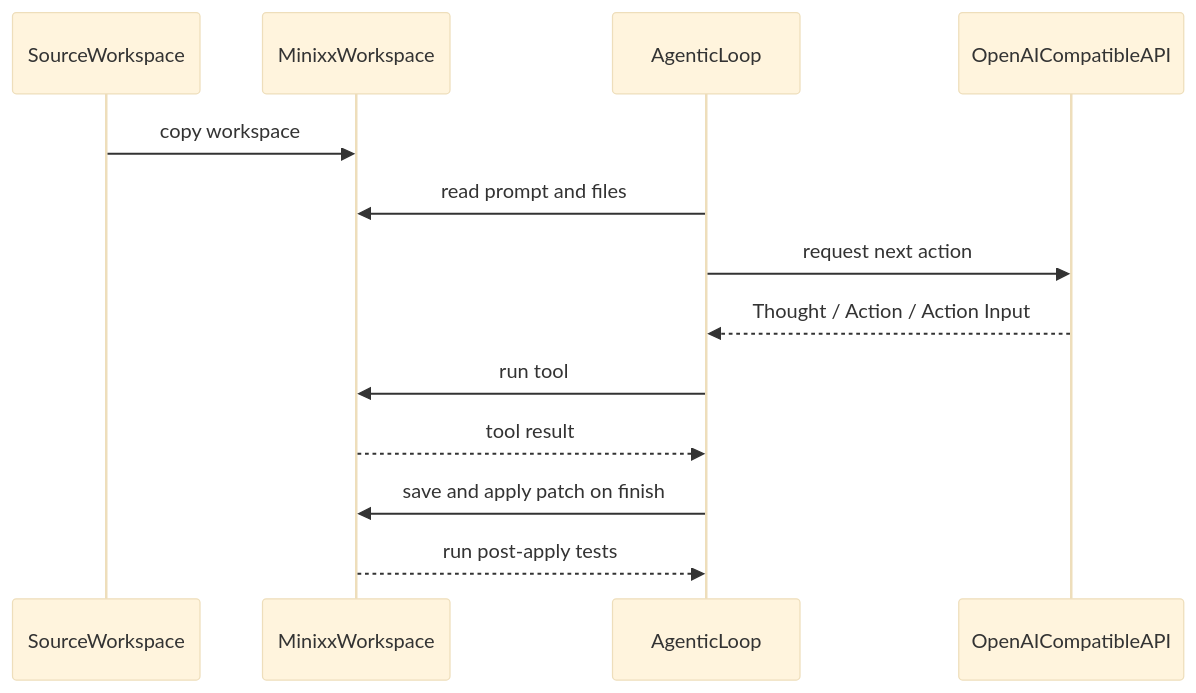
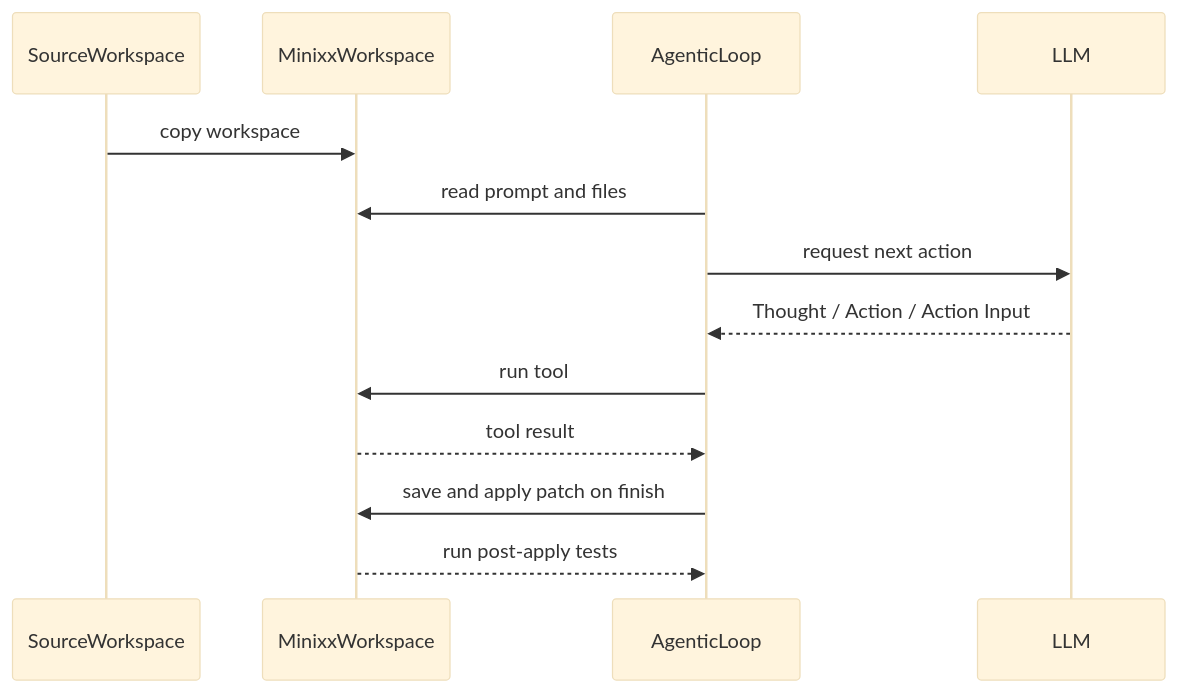
The first of 2 diagrams in README.md (mtov/minixx), drawn with Mermaid (base theme) before and after one commit. The commit also changed other lines of this file, not shown here.

Commit message:
docs: refine README architecture and execution details

````diff
--- a/README.md
+++ b/README.md
@@ -205,16 +206,16 @@
 ```mermaid
 sequenceDiagram
     participant Source as SourceWorkspace
     participant Runtime as MinixxWorkspace
     participant AgentLoop as AgenticLoop
-    participant Model as OpenAICompatibleAPI
+    participant Model as LLM
 
     Source->>Runtime: copy workspace
     AgentLoop->>Runtime: read prompt and files
     AgentLoop->>Model: request next action
     Model-->>AgentLoop: Thought / Action / Action Input
     AgentLoop->>Runtime: run tool
     Runtime-->>AgentLoop: tool result
     AgentLoop->>Runtime: save and apply patch on finish
     Runtime-->>AgentLoop: run post-apply tests
 ```
````
